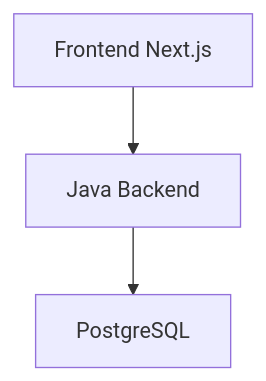
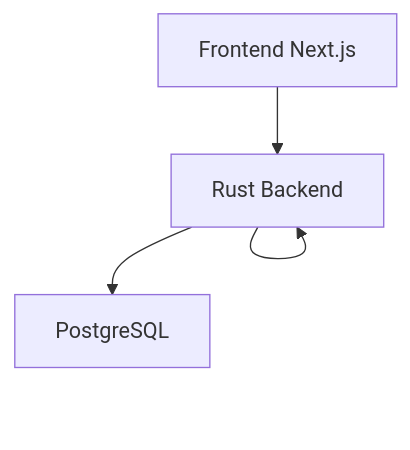
The first of 2 diagrams in README.md (advprog-2026-A14-project/yomu-docs), drawn with Mermaid before and after one commit. The commit also changed other lines of this file, not shown here.

Commit message:
1A. The current architecture of the group A14, the deployment diagram

````diff
--- a/README.md
+++ b/README.md
@@ -154,5 +154,5 @@
 ```mermaid
 graph TD
     A[Frontend Next.js] --> B[Java Backend]
-    B --> C[PostgreSQL]
+    B --> B[Rust Backend] --> C[PostgreSQL]
 ```
````
